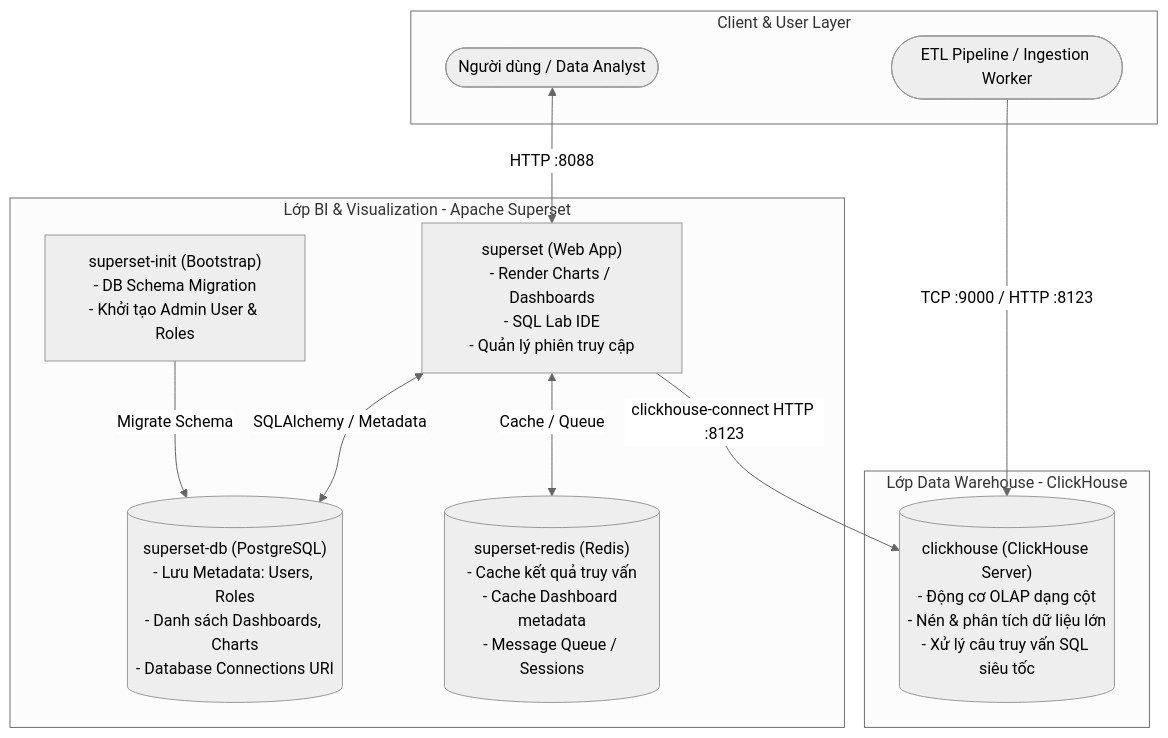
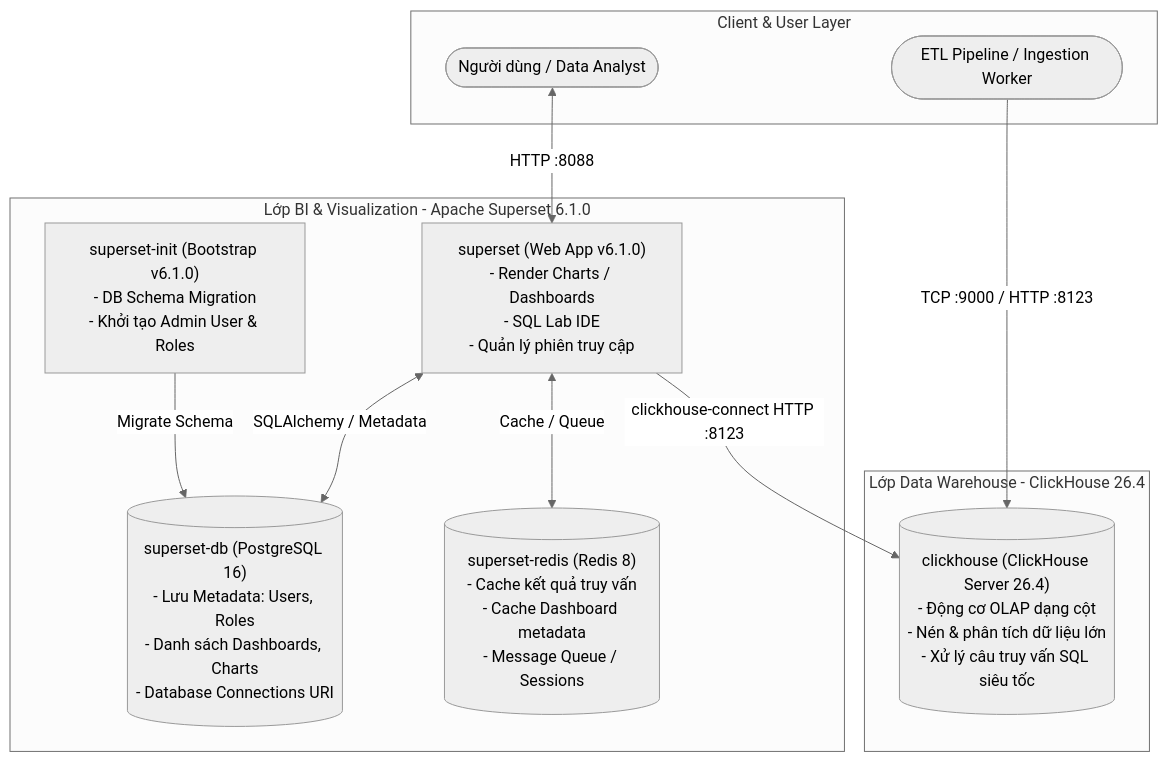
The diagram in docker-images/datawarehouse/README.md (duyhustvn/devops), drawn with Mermaid (neutral theme) before and after one commit. The commit also changed other lines of this file and 3 other files, not shown here.

````diff
--- a/docker-images/datawarehouse/README.md
+++ b/docker-images/datawarehouse/README.md
@@ -15,26 +15,26 @@
 ```mermaid
 flowchart TD
     subgraph ClientLayer [Client & User Layer]
         User([Người dùng / Data Analyst])
         ETL([ETL Pipeline / Ingestion Worker])
     end
 
-    subgraph BILayer [Lớp BI & Visualization - Apache Superset]
-        SS_APP["superset (Web App)\n- Render Charts / Dashboards\n- SQL Lab IDE\n- Quản lý phiên truy cập"]
-        SS_INIT["superset-init (Bootstrap)\n- DB Schema Migration\n- Khởi tạo Admin User & Roles"]
-        PG[("superset-db (PostgreSQL)\n- Lưu Metadata: Users, Roles\n- Danh sách Dashboards, Charts\n- Database Connections URI")]
-        RD[("superset-redis (Redis)\n- Cache kết quả truy vấn\n- Cache Dashboard metadata\n- Message Queue / Sessions")]
+    subgraph BILayer [Lớp BI & Visualization - Apache Superset 6.1.0]
+        SS_APP["superset (Web App v6.1.0)\n- Render Charts / Dashboards\n- SQL Lab IDE\n- Quản lý phiên truy cập"]
+        SS_INIT["superset-init (Bootstrap v6.1.0)\n- DB Schema Migration\n- Khởi tạo Admin User & Roles"]
+        PG[("superset-db (PostgreSQL 16)\n- Lưu Metadata: Users, Roles\n- Danh sách Dashboards, Charts\n- Database Connections URI")]
+        RD[("superset-redis (Redis 8)\n- Cache kết quả truy vấn\n- Cache Dashboard metadata\n- Message Queue / Sessions")]
     end
 
-    subgraph DWHLayer [Lớp Data Warehouse - ClickHouse]
-        CH[("clickhouse (ClickHouse Server)\n- Động cơ OLAP dạng cột\n- Nén & phân tích dữ liệu lớn\n- Xử lý câu truy vấn SQL siêu tốc")]
+    subgraph DWHLayer [Lớp Data Warehouse - ClickHouse 26.4]
+        CH[("clickhouse (ClickHouse Server 26.4)\n- Động cơ OLAP dạng cột\n- Nén & phân tích dữ liệu lớn\n- Xử lý câu truy vấn SQL siêu tốc")]
     end
 
     User <-->|HTTP :8088| SS_APP
     ETL -->|TCP :9000 / HTTP :8123| CH
 
     SS_APP <-->|SQLAlchemy / Metadata| PG
     SS_APP <-->|Cache / Queue| RD
     SS_APP -->|clickhouse-connect HTTP :8123| CH
     SS_INIT -->|Migrate Schema| PG
 ```
````
